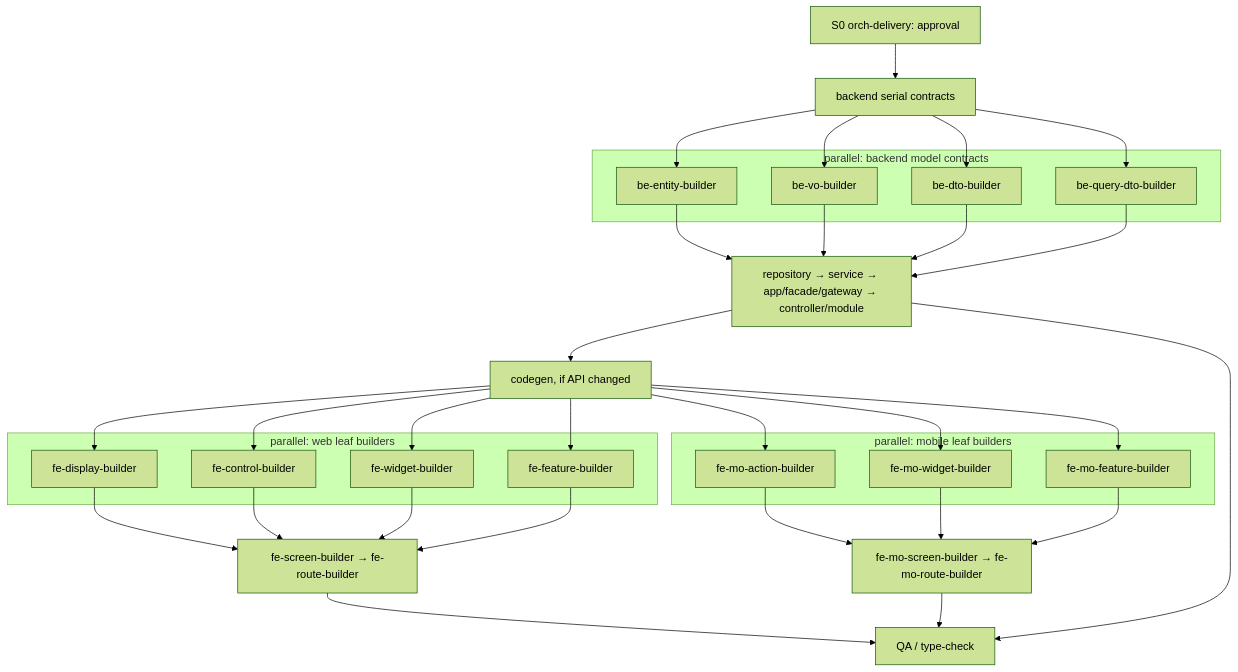
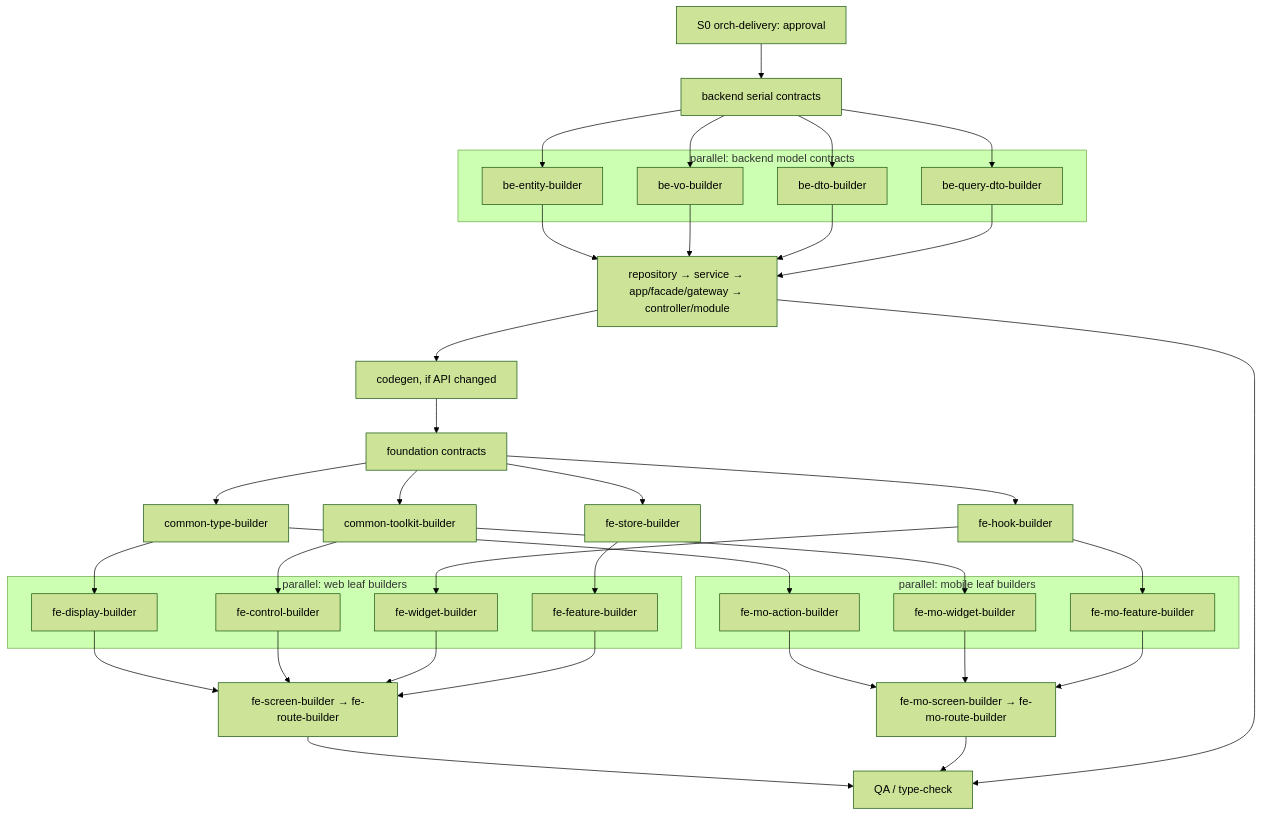
One commit to kimjoongwon/prj-core changed the second of 5 diagrams in docs/orchestration-agent-relationship-flow.md. Above: the diagram before and after it, drawn with Mermaid (forest theme). The commit also changed other lines of this file and 76 other files, not shown here.

````diff
--- a/docs/orchestration-agent-relationship-flow.md
+++ b/docs/orchestration-agent-relationship-flow.md
@@ -74,50 +78,55 @@
 ```mermaid
 flowchart TD
   Gate["S0 orch-delivery: approval"] --> Backend["backend serial contracts"]
   subgraph BParallel["parallel: backend model contracts"]
     Entity["be-entity-builder"]
     VO["be-vo-builder"]
     DTO["be-dto-builder"]
     QueryDto["be-query-dto-builder"]
   end
   Backend --> Entity
   Backend --> VO
   Backend --> DTO
   Backend --> QueryDto
   Entity --> Runtime["repository → service → app/facade/gateway → controller/module"]
   VO --> Runtime
   DTO --> Runtime
   QueryDto --> Runtime
   Runtime --> Codegen["codegen, if API changed"]
+  Codegen --> Foundation["foundation contracts"]
+  Foundation --> Types["common-type-builder"]
+  Foundation --> Toolkit["common-toolkit-builder"]
+  Foundation --> Hook["fe-hook-builder"]
+  Foundation --> Store["fe-store-builder"]
 
   subgraph WebParallel["parallel: web leaf builders"]
     Display["fe-display-builder"]
     Control["fe-control-builder"]
     Widget["fe-widget-builder"]
     Feature["fe-feature-builder"]
   end
-  Codegen --> Display
-  Codegen --> Control
-  Codegen --> Widget
-  Codegen --> Feature
+  Types --> Display
+  Toolkit --> Control
+  Hook --> Widget
+  Store --> Feature
   Display --> WebRoute["fe-screen-builder → fe-route-builder"]
   Control --> WebRoute
   Widget --> WebRoute
   Feature --> WebRoute
 
   subgraph MobileParallel["parallel: mobile leaf builders"]
     Action["fe-mo-action-builder"]
     MoWidget["fe-mo-widget-builder"]
     MoFeature["fe-mo-feature-builder"]
   end
-  Codegen --> Action
-  Codegen --> MoWidget
-  Codegen --> MoFeature
+  Types --> Action
+  Toolkit --> MoWidget
+  Hook --> MoFeature
   Action --> MobileRoute["fe-mo-screen-builder → fe-mo-route-builder"]
   MoWidget --> MobileRoute
   MoFeature --> MobileRoute
 
   WebRoute --> QA["QA / type-check"]
   MobileRoute --> QA
   Runtime --> QA
 ```
````
